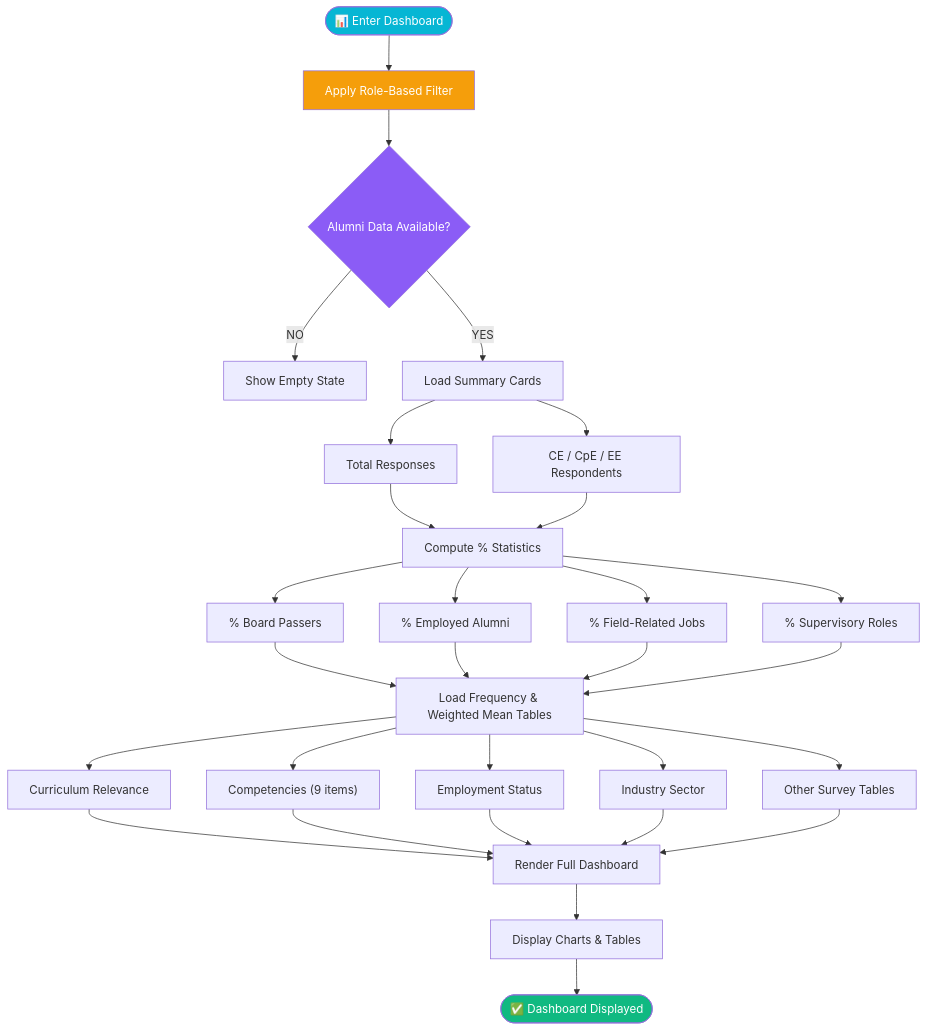
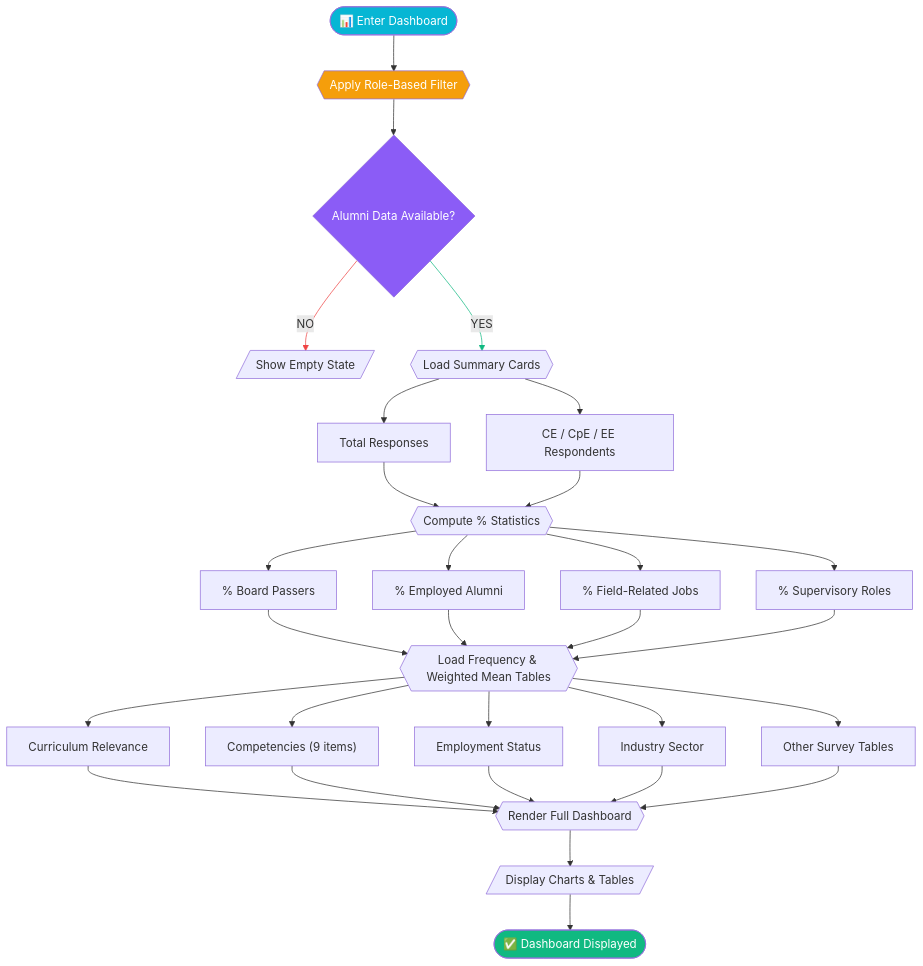
The third of 10 diagrams in docs/technical/alumni-db-flowcharts.md (rakuya-khun/alumni-db), drawn with Mermaid before and after one commit. The commit also changed other lines of this file, not shown here.

Commit message:
docs: flowchart mermaid markdown shape adjustment

````diff
--- a/docs/technical/alumni-db-flowcharts.md
+++ b/docs/technical/alumni-db-flowcharts.md
@@ -156,28 +169,30 @@
 ```mermaid
 flowchart TD
-    A([📊 Enter Dashboard]) --> B["Apply Role-Based Filter"]
+    A([📊 Enter Dashboard]) --> B{{"Apply Role-Based Filter"}}
     B --> C{Alumni Data Available?}
-    C -- NO --> D["Show Empty State"]
-    C -- YES --> E["Load Summary Cards"]
+    C -- NO --> D[/"Show Empty State"/]
+    C -- YES --> E{{"Load Summary Cards"}}
     E --> F["Total Responses"]
     E --> G["CE / CpE / EE Respondents"]
-    F & G --> H["Compute % Statistics"]
+    F & G --> H{{"Compute % Statistics"}}
     H --> I["% Board Passers"]
     H --> J["% Employed Alumni"]
     H --> K["% Field-Related Jobs"]
     H --> L["% Supervisory Roles"]
-    I & J & K & L --> M["Load Frequency & Weighted Mean Tables"]
+    I & J & K & L --> M{{"Load Frequency & Weighted Mean Tables"}}
     M --> N["Curriculum Relevance"]
     M --> O["Competencies (9 items)"]
     M --> P["Employment Status"]
     M --> Q["Industry Sector"]
     M --> R["Other Survey Tables"]
-    N & O & P & Q & R --> S[Render Full Dashboard]
-    S --> T["Display Charts & Tables"]
+    N & O & P & Q & R --> S{{"Render Full Dashboard"}}
+    S --> T[/"Display Charts & Tables"/]
     T --> U([✅ Dashboard Displayed])
 
     style A fill:#06b6d4,color:#fff
     style U fill:#10b981,color:#fff
     style C fill:#8b5cf6,color:#fff
     style B fill:#f59e0b,color:#fff
+    linkStyle 2 stroke:#ef4444
+    linkStyle 3 stroke:#10b981
 ```
````
